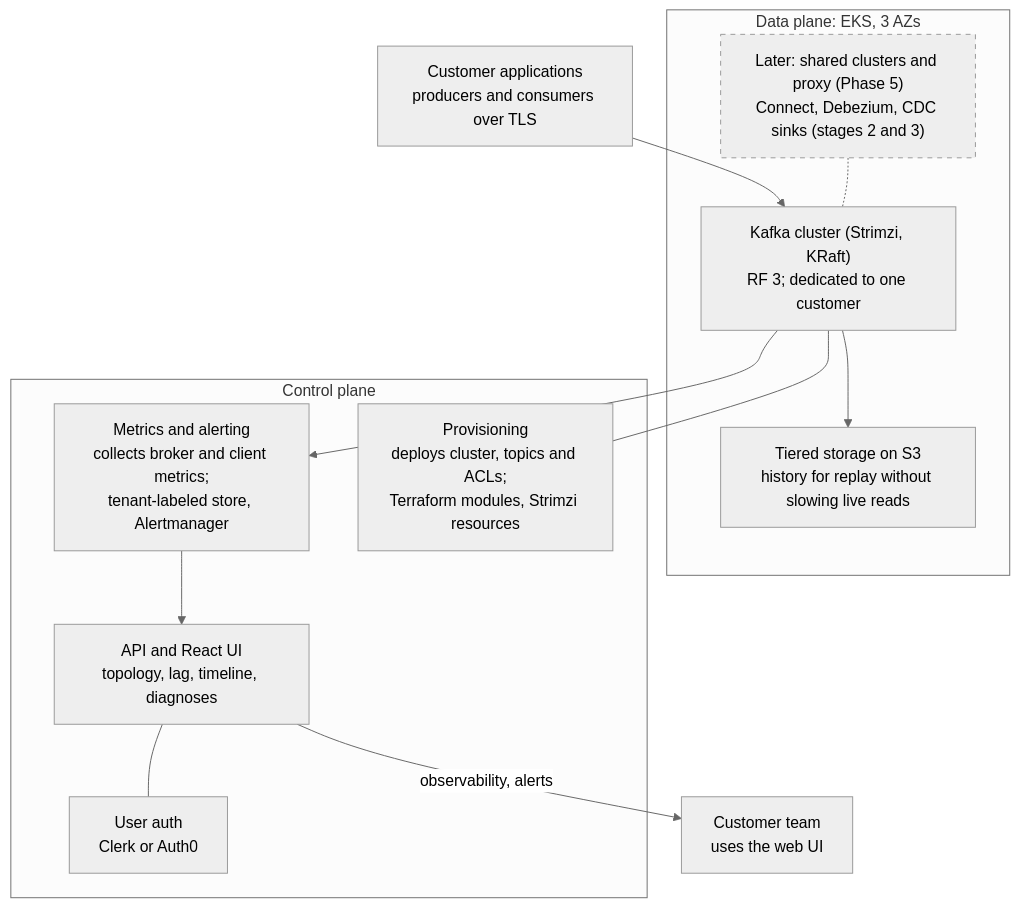
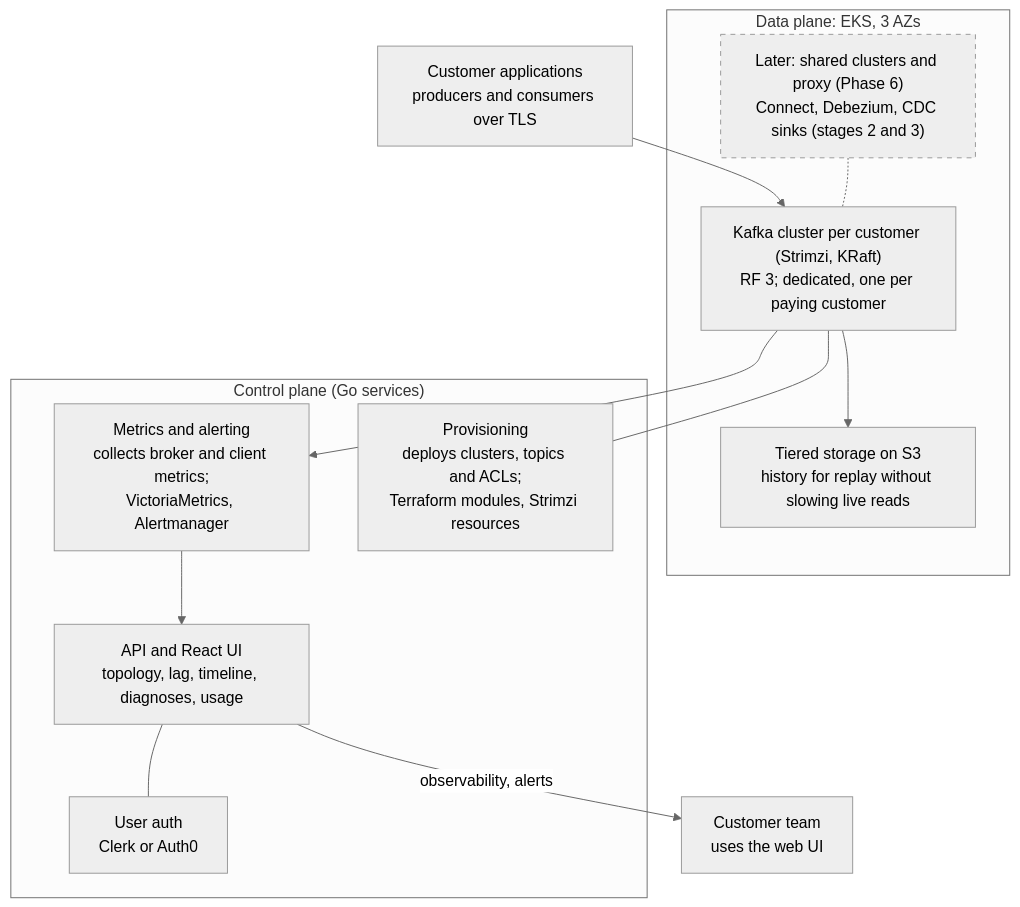
Before and after one commit to ReneP92/changeport: the first of 2 diagrams in docs/PROJECT_PLAN.md, drawn with Mermaid (neutral theme). The commit also changed other lines of this file and 1 other file, not shown here.

Commit message:
Plan dedicated clusters until 50 customers, Go backend, VictoriaMetrics and usage-based pricing

````diff
--- a/docs/PROJECT_PLAN.md
+++ b/docs/PROJECT_PLAN.md
@@ -37,30 +37,30 @@
 ```mermaid
 flowchart TB
   apps["Customer applications<br/>producers and consumers over TLS"]
 
   subgraph DP["Data plane: EKS, 3 AZs"]
-    future["Later: shared clusters and proxy (Phase 5)<br/>Connect, Debezium, CDC sinks (stages 2 and 3)"]
-    kafka["Kafka cluster (Strimzi, KRaft)<br/>RF 3; dedicated to one customer"]
+    future["Later: shared clusters and proxy (Phase 6)<br/>Connect, Debezium, CDC sinks (stages 2 and 3)"]
+    kafka["Kafka cluster per customer (Strimzi, KRaft)<br/>RF 3; dedicated, one per paying customer"]
     s3["Tiered storage on S3<br/>history for replay without slowing live reads"]
   end
 
-  subgraph CP["Control plane"]
-    metrics["Metrics and alerting<br/>collects broker and client metrics;<br/>tenant-labeled store, Alertmanager"]
-    prov["Provisioning<br/>deploys cluster, topics and ACLs;<br/>Terraform modules, Strimzi resources"]
-    api["API and React UI<br/>topology, lag, timeline, diagnoses"]
+  subgraph CP["Control plane (Go services)"]
+    metrics["Metrics and alerting<br/>collects broker and client metrics;<br/>VictoriaMetrics, Alertmanager"]
+    prov["Provisioning<br/>deploys clusters, topics and ACLs;<br/>Terraform modules, Strimzi resources"]
+    api["API and React UI<br/>topology, lag, timeline, diagnoses, usage"]
     auth["User auth<br/>Clerk or Auth0"]
   end
 
   team["Customer team<br/>uses the web UI"]
 
   apps --> kafka
   future -.- kafka
   kafka --> s3
   kafka --> metrics
   kafka --- prov
   metrics --> api
   api --- auth
   api -->|observability, alerts| team
 
   style future stroke-dasharray: 5 5
 ```
````
